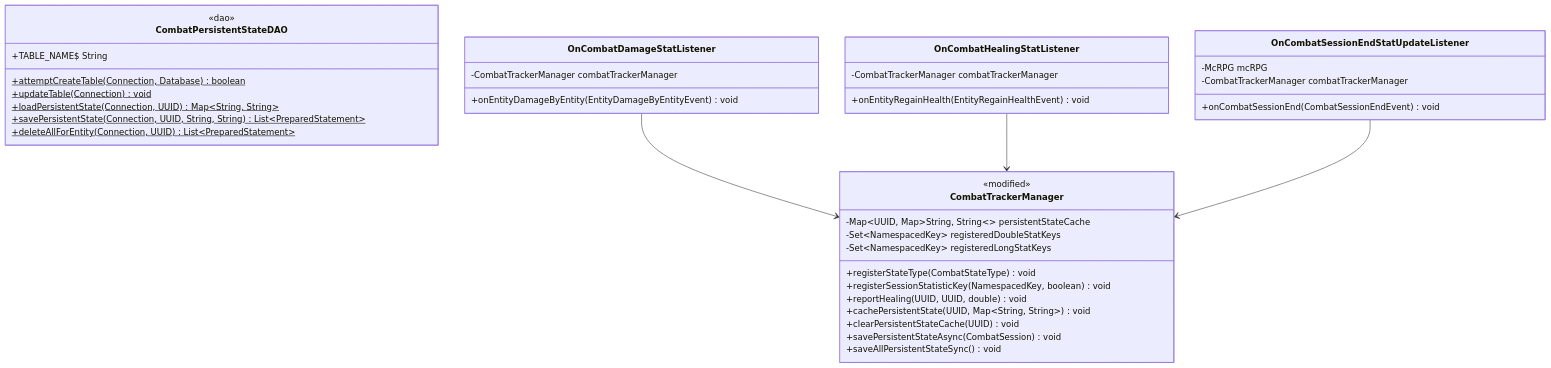
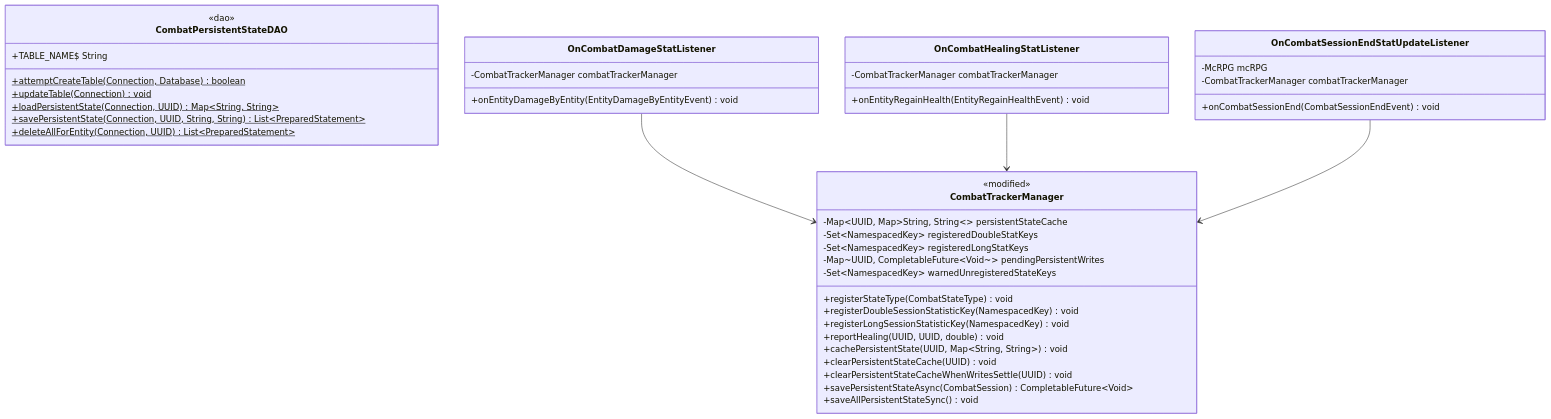
One commit to DiamondDagger590/McRPG changed the sixth of 6 diagrams in docs/lld/combat-tracker/phase-2-combat-state-and-statistics-platform.md. Above: the diagram before and after it, drawn with Mermaid. The commit also changed other lines of this file and 56 other files, not shown here.

````diff
--- a/docs/lld/combat-tracker/phase-2-combat-state-and-statistics-platform.md
+++ b/docs/lld/combat-tracker/phase-2-combat-state-and-statistics-platform.md
@@ -285,46 +285,50 @@
 ```mermaid
 classDiagram
     class CombatPersistentStateDAO {
         <<dao>>
         +TABLE_NAME$ String
         +attemptCreateTable(Connection, Database)$ boolean
         +updateTable(Connection)$ void
         +loadPersistentState(Connection, UUID)$ Map~String, String~
         +savePersistentState(Connection, UUID, String, String)$ List~PreparedStatement~
         +deleteAllForEntity(Connection, UUID)$ List~PreparedStatement~
     }
 
     class OnCombatDamageStatListener {
         -CombatTrackerManager combatTrackerManager
         +onEntityDamageByEntity(EntityDamageByEntityEvent) void
     }
 
     class OnCombatHealingStatListener {
         -CombatTrackerManager combatTrackerManager
         +onEntityRegainHealth(EntityRegainHealthEvent) void
     }
 
     class OnCombatSessionEndStatUpdateListener {
         -McRPG mcRPG
         -CombatTrackerManager combatTrackerManager
         +onCombatSessionEnd(CombatSessionEndEvent) void
     }
 
     class CombatTrackerManager {
         <<modified>>
         -Map~UUID, Map~String, String~~ persistentStateCache
         -Set~NamespacedKey~ registeredDoubleStatKeys
         -Set~NamespacedKey~ registeredLongStatKeys
+        -Map~UUID, CompletableFuture~Void~~ pendingPersistentWrites
+        -Set~NamespacedKey~ warnedUnregisteredStateKeys
         +registerStateType(CombatStateType) void
-        +registerSessionStatisticKey(NamespacedKey, boolean) void
+        +registerDoubleSessionStatisticKey(NamespacedKey) void
+        +registerLongSessionStatisticKey(NamespacedKey) void
         +reportHealing(UUID, UUID, double) void
         +cachePersistentState(UUID, Map~String, String~) void
         +clearPersistentStateCache(UUID) void
-        +savePersistentStateAsync(CombatSession) void
+        +clearPersistentStateCacheWhenWritesSettle(UUID) void
+        +savePersistentStateAsync(CombatSession) CompletableFuture~Void~
         +saveAllPersistentStateSync() void
     }
 
     OnCombatDamageStatListener --> CombatTrackerManager
     OnCombatHealingStatListener --> CombatTrackerManager
     OnCombatSessionEndStatUpdateListener --> CombatTrackerManager
 ```
````
